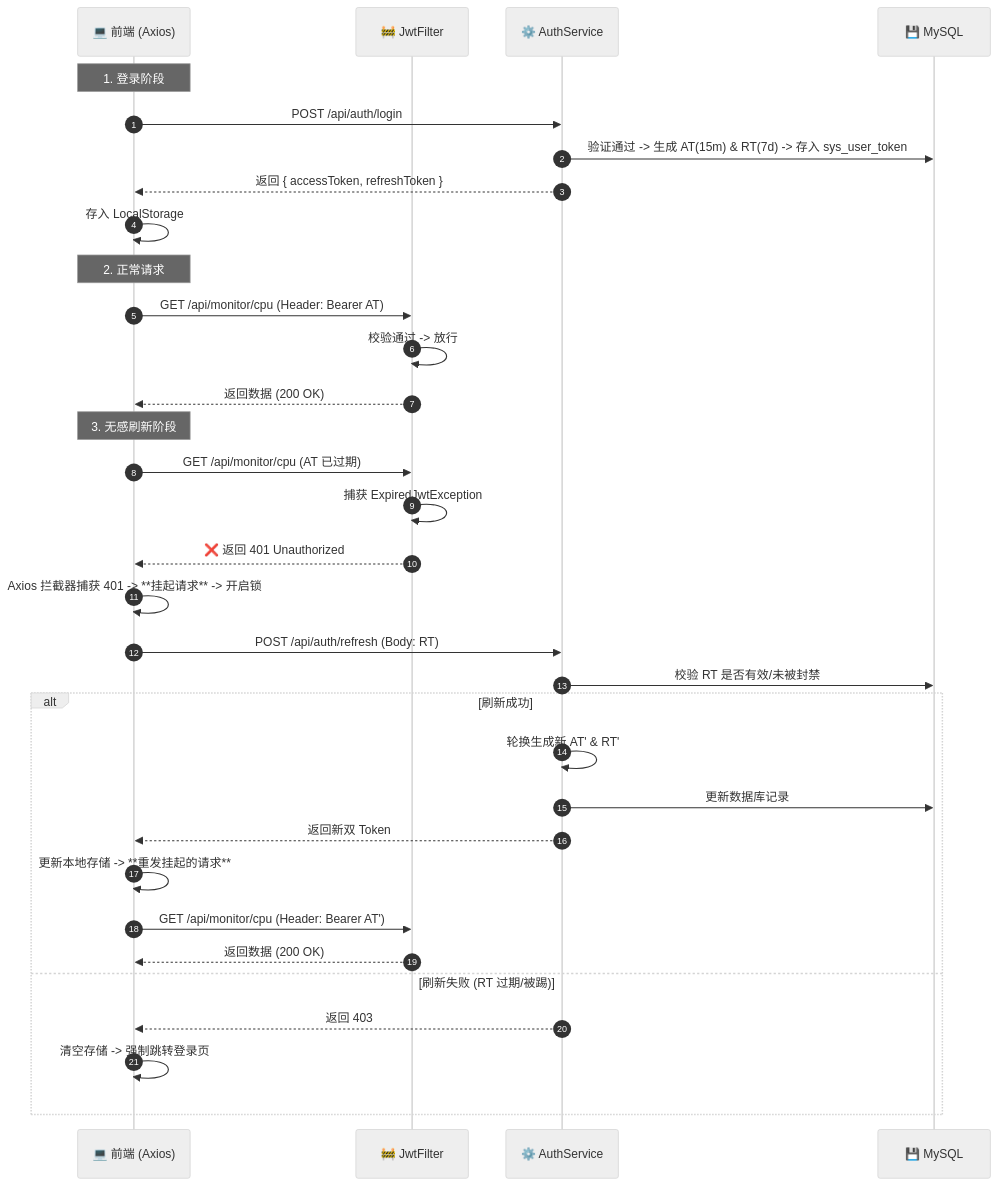
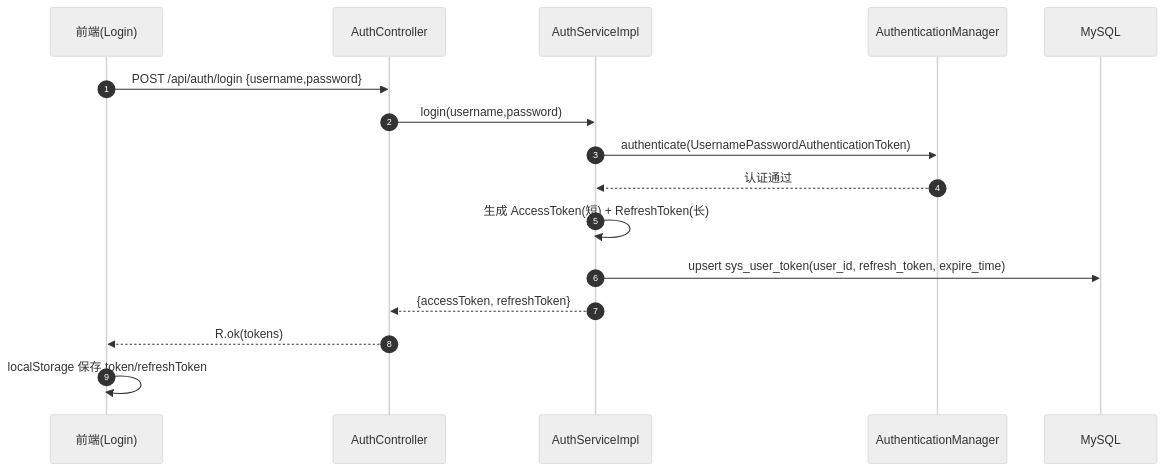
The first of 2 diagrams in monitor-project/SECURITY-MODULE.md (ouyangxu66/GraduationProject-ServerMonitor), drawn with Mermaid (neutral theme) before and after one commit. The commit also changed other lines of this file and 1 other file, not shown here.

````diff
--- a/monitor-project/SECURITY-MODULE.md
+++ b/monitor-project/SECURITY-MODULE.md
@@ -46,40 +73,19 @@
 ```mermaid
 sequenceDiagram
     autonumber
-    participant Client as 💻 前端 (Axios)
-    participant Filter as 🚧 JwtFilter
-    participant AuthSvc as ⚙️ AuthService
-    participant DB as 💾 MySQL
+    participant UI as 前端(Login)
+    participant API as AuthController
+    participant SVC as AuthServiceImpl
+    participant AM as AuthenticationManager
+    participant DB as MySQL
 
-    Note over Client: 1. 登录阶段
-    Client->>AuthSvc: POST /api/auth/login
-    AuthSvc->>DB: 验证通过 -> 生成 AT(15m) & RT(7d) -> 存入 sys_user_token
-    AuthSvc-->>Client: 返回 { accessToken, refreshToken }
-    Client->>Client: 存入 LocalStorage
-
-    Note over Client: 2. 正常请求
-    Client->>Filter: GET /api/monitor/cpu (Header: Bearer AT)
-    Filter->>Filter: 校验通过 -> 放行
-    Filter-->>Client: 返回数据 (200 OK)
-
-    Note over Client: 3. 无感刷新阶段
-    Client->>Filter: GET /api/monitor/cpu (AT 已过期)
-    Filter->>Filter: 捕获 ExpiredJwtException
-    Filter-->>Client: ❌ 返回 401 Unauthorized
-    
-    Client->>Client: Axios 拦截器捕获 401 -> **挂起请求** -> 开启锁
-    Client->>AuthSvc: POST /api/auth/refresh (Body: RT)
-    AuthSvc->>DB: 校验 RT 是否有效/未被封禁
-    
-    alt 刷新成功
-        AuthSvc->>AuthSvc: 轮换生成新 AT' & RT'
-        AuthSvc->>DB: 更新数据库记录
-        AuthSvc-->>Client: 返回新双 Token
-        Client->>Client: 更新本地存储 -> **重发挂起的请求**
-        Client->>Filter: GET /api/monitor/cpu (Header: Bearer AT')
-        Filter-->>Client: 返回数据 (200 OK)
-    else 刷新失败 (RT 过期/被踢)
-        AuthSvc-->>Client: 返回 403
-        Client->>Client: 清空存储 -> 强制跳转登录页
-    end
+    UI->>API: POST /api/auth/login {username,password}
+    API->>SVC: login(username,password)
+    SVC->>AM: authenticate(UsernamePasswordAuthenticationToken)
+    AM-->>SVC: 认证通过
+    SVC->>SVC: 生成 AccessToken(短) + RefreshToken(长)
+    SVC->>DB: upsert sys_user_token(user_id, refresh_token, expire_time)
+    SVC-->>API: {accessToken, refreshToken}
+    API-->>UI: R.ok(tokens)
+    UI->>UI: localStorage 保存 token/refreshToken
 ```
````
